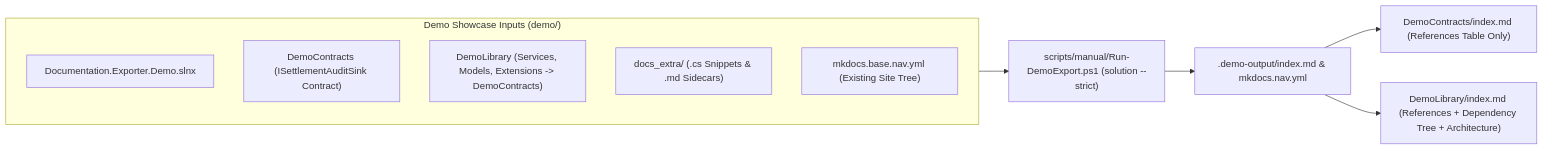
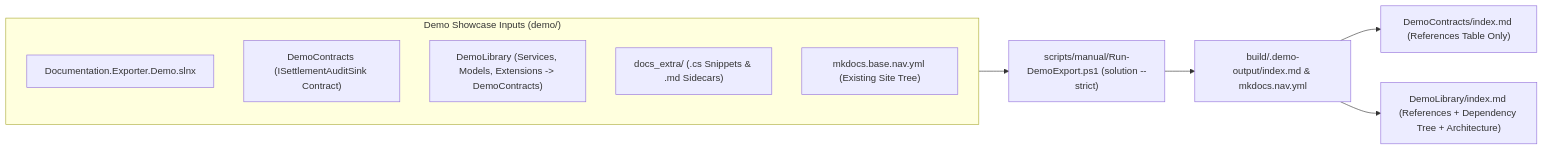
The diagram in docs/user/getting-started-and-demo.md (trodent83/documentation-exporter), drawn with Mermaid before and after one commit. The commit also changed other lines of this file and 13 other files, not shown here.

````diff
--- a/docs/user/getting-started-and-demo.md
+++ b/docs/user/getting-started-and-demo.md
@@ -9,15 +9,15 @@
 ```mermaid
 flowchart LR
     subgraph DemoInputs["Demo Showcase Inputs (demo/)"]
         Slnx["Documentation.Exporter.Demo.slnx"]
         Contracts["DemoContracts (ISettlementAuditSink Contract)"]
         Lib["DemoLibrary (Services, Models, Extensions -> DemoContracts)"]
         Extras["docs_extra/ (.cs Snippets & .md Sidecars)"]
         BaseNav["mkdocs.base.nav.yml (Existing Site Tree)"]
     end
 
     DemoInputs --> Runner["scripts/manual/Run-DemoExport.ps1 (solution --strict)"]
-    Runner --> OutRoot[".demo-output/index.md & mkdocs.nav.yml"]
+    Runner --> OutRoot["build/.demo-output/index.md & mkdocs.nav.yml"]
     OutRoot --> OutContracts["DemoContracts/index.md (References Table Only)"]
     OutRoot --> OutLib["DemoLibrary/index.md (References + Dependency Tree + Architecture)"]
 ```
````
